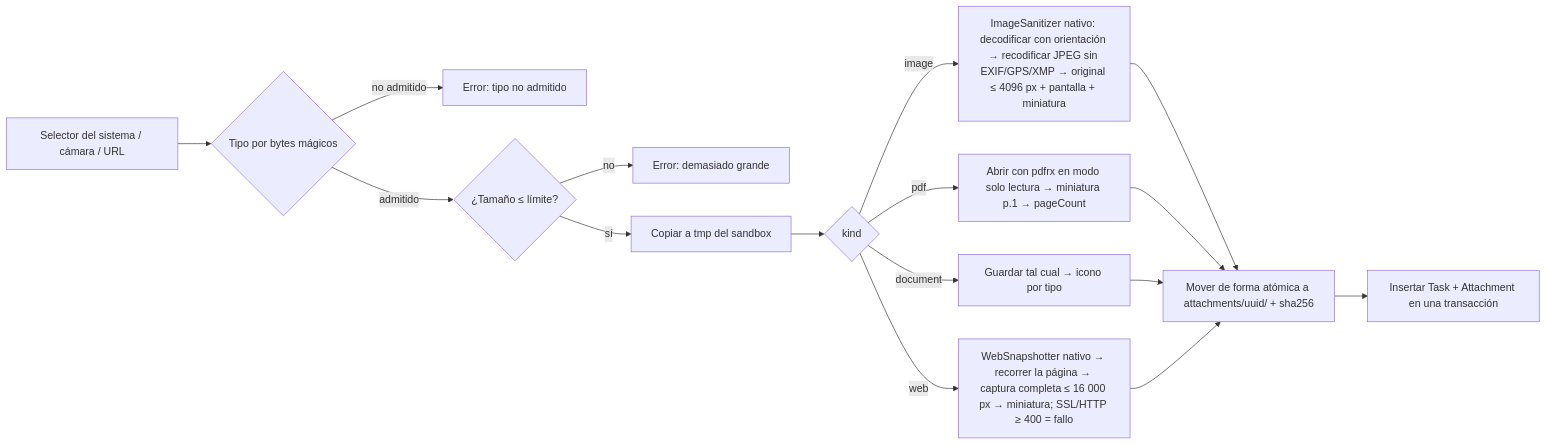
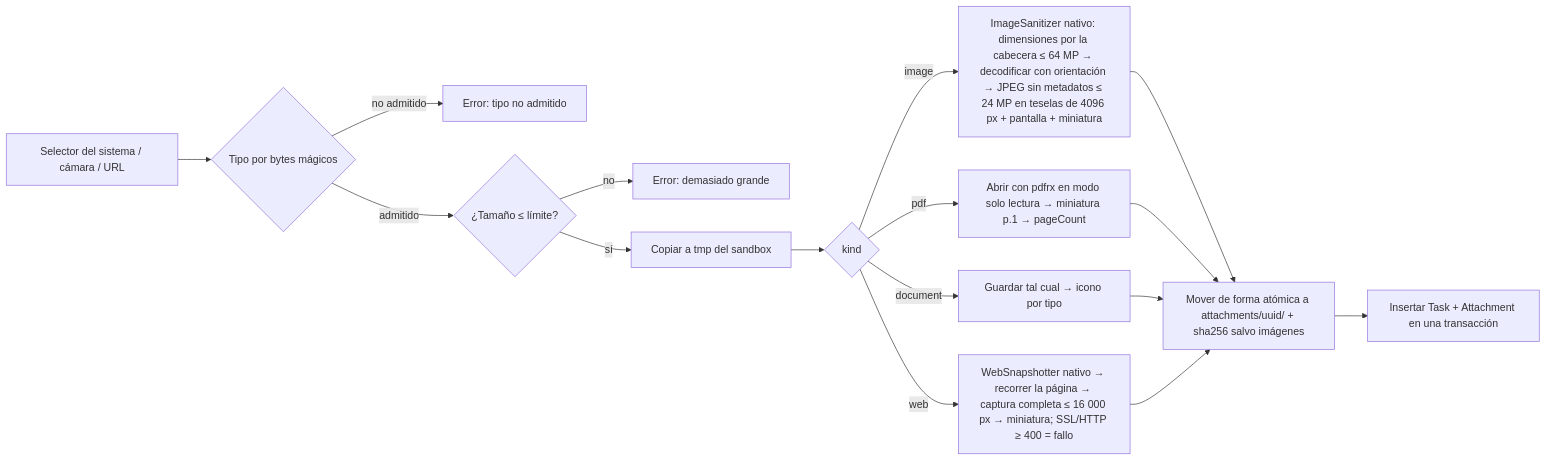
The fourth of 4 diagrams in docs/architecture.md (svallev/una), drawn with Mermaid before and after one commit. The commit also changed other lines of this file and 150 other files, not shown here.

````diff
--- a/docs/architecture.md
+++ b/docs/architecture.md
@@ -158,15 +158,15 @@
 ```mermaid
 flowchart LR
   A[Selector del sistema / cámara / URL] --> B{Tipo por bytes mágicos}
   B -- no admitido --> X[Error: tipo no admitido]
   B -- admitido --> C{¿Tamaño ≤ límite?}
   C -- no --> Y[Error: demasiado grande]
   C -- sí --> D[Copiar a tmp del sandbox]
   D --> E{kind}
-  E -- image --> F[ImageSanitizer nativo: decodificar con orientación → recodificar JPEG sin EXIF/GPS/XMP → original ≤ 4096 px + pantalla + miniatura]
+  E -- image --> F[ImageSanitizer nativo: dimensiones por la cabecera ≤ 64 MP → decodificar con orientación → JPEG sin metadatos ≤ 24 MP en teselas de 4096 px + pantalla + miniatura]
   E -- pdf --> G[Abrir con pdfrx en modo solo lectura → miniatura p.1 → pageCount]
   E -- document --> H[Guardar tal cual → icono por tipo]
   E -- web --> I[WebSnapshotter nativo → recorrer la página → captura completa ≤ 16 000 px → miniatura; SSL/HTTP ≥ 400 = fallo]
-  F & G & H & I --> J[Mover de forma atómica a attachments/uuid/ + sha256]
+  F & G & H & I --> J[Mover de forma atómica a attachments/uuid/ + sha256 salvo imágenes]
   J --> K[Insertar Task + Attachment en una transacción]
 ```
````
